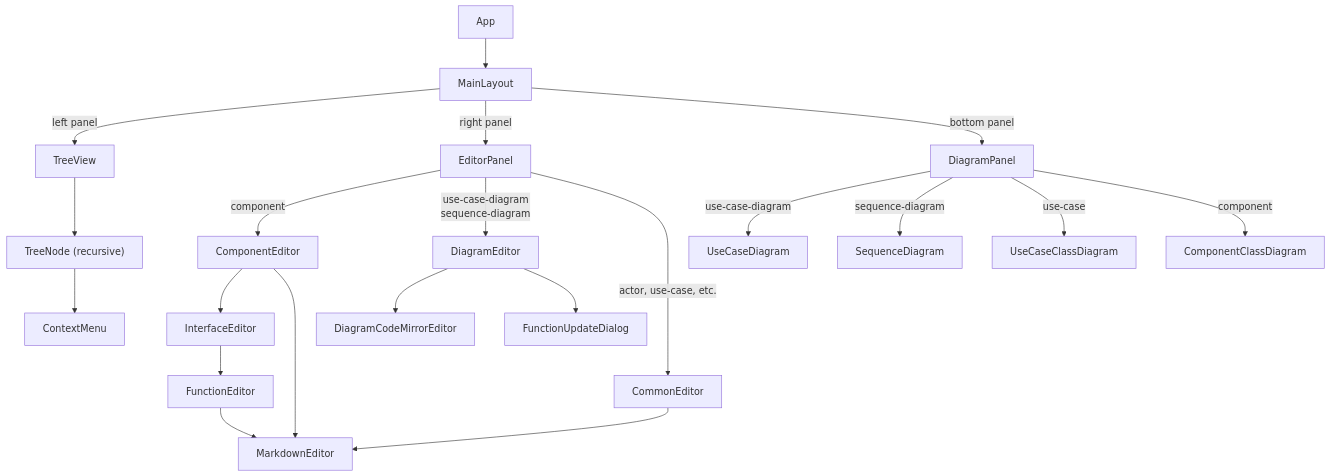
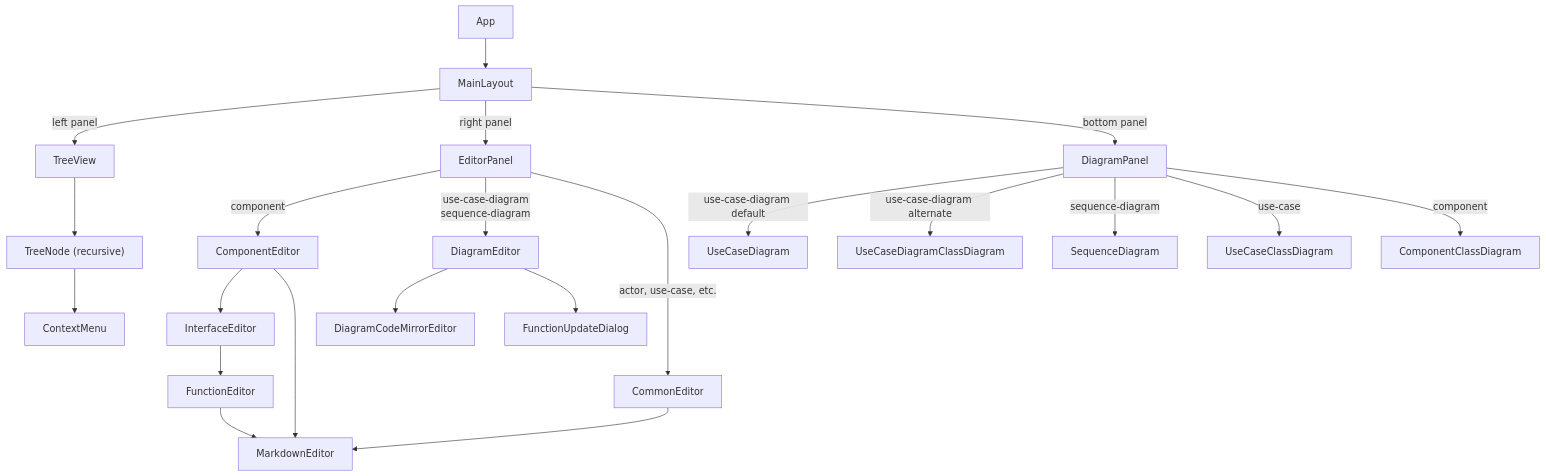
Before and after one commit to twinprime/integra: the first of 2 diagrams in README.md, drawn with Mermaid. The commit also changed other lines of this file and 18 other files, not shown here.

````diff
--- a/README.md
+++ b/README.md
@@ -617,29 +619,30 @@
 ```mermaid
 graph TD
     App --> MainLayout
 
     MainLayout -->|left panel| TreeView
     MainLayout -->|right panel| EditorPanel
     MainLayout -->|bottom panel| DiagramPanel
 
     TreeView --> TreeNode["TreeNode (recursive)"]
     TreeNode --> ContextMenu
 
     EditorPanel -->|component| ComponentEditor
     EditorPanel -->|"use-case-diagram<br>sequence-diagram"| DiagramEditor
     EditorPanel -->|actor, use-case, etc.| CommonEditor
 
     ComponentEditor --> InterfaceEditor
     ComponentEditor --> MarkdownEditor
     InterfaceEditor --> FunctionEditor
     FunctionEditor --> MarkdownEditor
     CommonEditor --> MarkdownEditor
 
     DiagramEditor --> DiagramCodeMirrorEditor
     DiagramEditor --> FunctionUpdateDialog
 
-    DiagramPanel -->|use-case-diagram| UseCaseDiagram
+    DiagramPanel -->|use-case-diagram default| UseCaseDiagram
+    DiagramPanel -->|use-case-diagram alternate| UseCaseDiagramClassDiagram
     DiagramPanel -->|sequence-diagram| SequenceDiagram
     DiagramPanel -->|use-case| UseCaseClassDiagram
     DiagramPanel -->|component| ComponentClassDiagram
 ```
````
